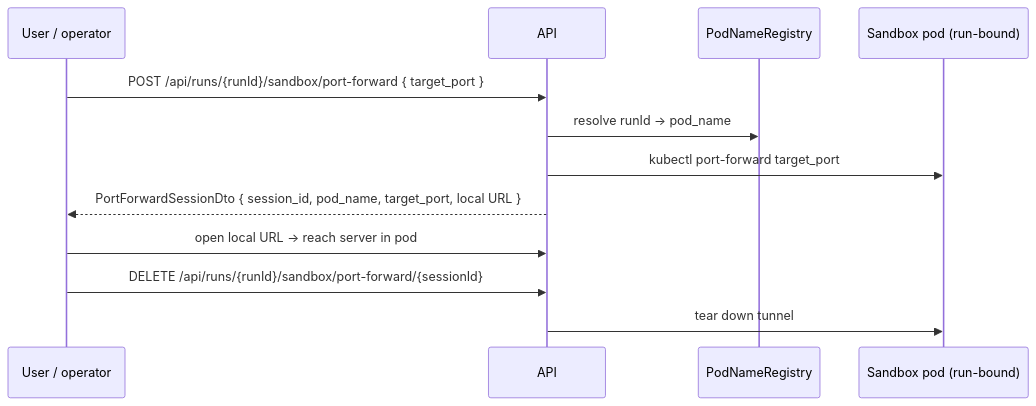
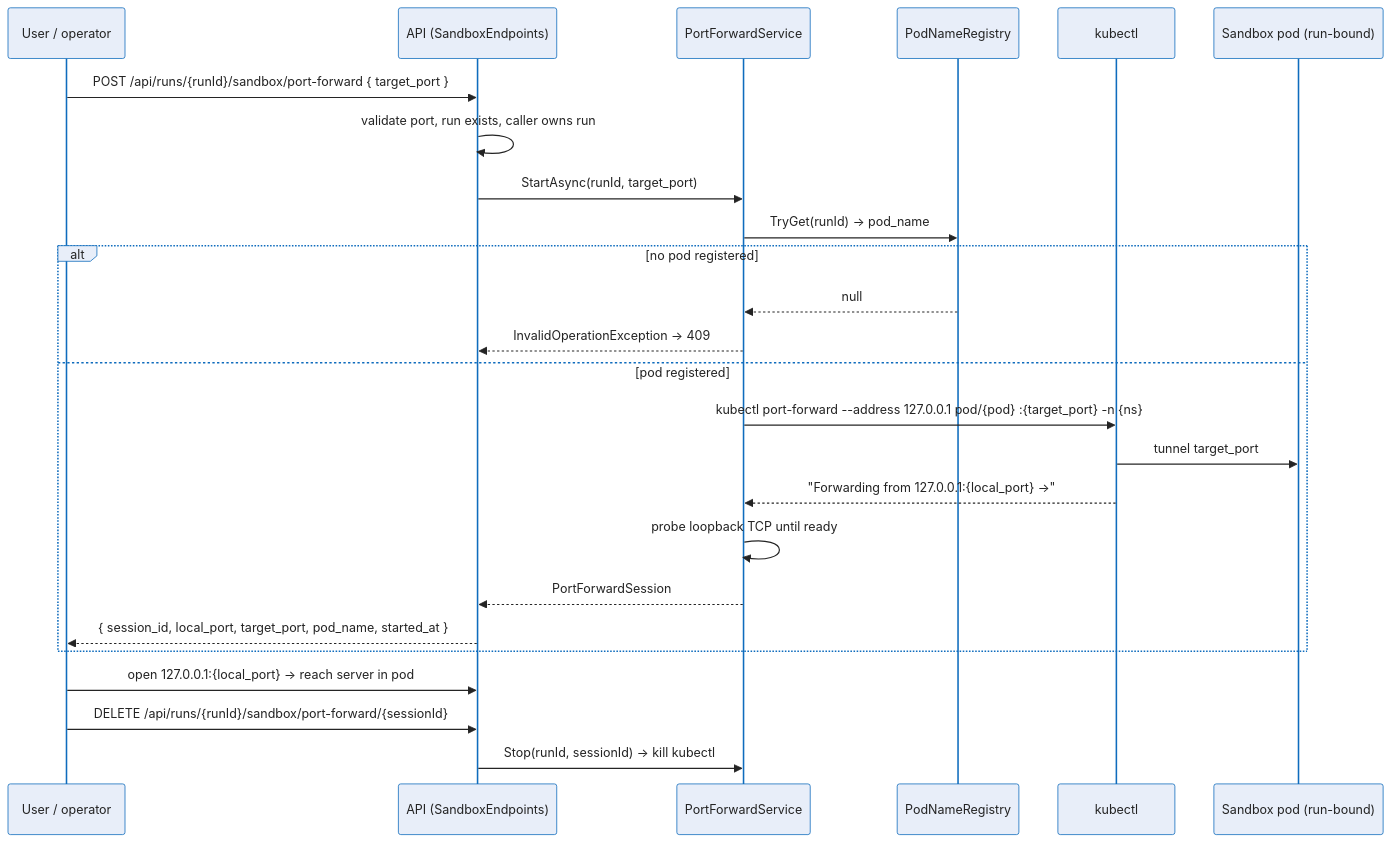
One commit to sabbour/agentweaver changed the second of 2 diagrams in docs/reference/sandbox-pods.md. Above: the diagram before and after it, drawn with Mermaid. The commit also changed other lines of this file and 83 other files, not shown here.

````diff
--- a/docs/reference/sandbox-pods.md
+++ b/docs/reference/sandbox-pods.md
@@ -215,14 +230,28 @@
 ```mermaid
+%%{init: {'theme':'base','themeVariables':{'fontFamily':'Segoe UI, system-ui, -apple-system, sans-serif','fontSize':'14px','primaryColor':'#E8EEF9','primaryBorderColor':'#0F6CBD','primaryTextColor':'#242424','lineColor':'#605E5C','clusterBkg':'#FAF9F8','clusterBorder':'#D2D0CE','edgeLabelBackground':'#FFFFFF'}}}%%
 sequenceDiagram
     participant User as User / operator
-    participant API as API
+    participant API as API (SandboxEndpoints)
+    participant PF as PortForwardService
     participant Reg as PodNameRegistry
+    participant K as kubectl
     participant Pod as Sandbox pod (run-bound)
     User->>API: POST /api/runs/{runId}/sandbox/port-forward { target_port }
-    API->>Reg: resolve runId → pod_name
-    API->>Pod: kubectl port-forward target_port
-    API-->>User: PortForwardSessionDto { session_id, pod_name, target_port, local URL }
-    User->>API: open local URL → reach server in pod
+    API->>API: validate port, run exists, caller owns run
+    API->>PF: StartAsync(runId, target_port)
+    PF->>Reg: TryGet(runId) → pod_name
+    alt no pod registered
+        Reg-->>PF: null
+        PF-->>API: InvalidOperationException → 409
+    else pod registered
+        PF->>K: kubectl port-forward --address 127.0.0.1 pod/{pod} :{target_port} -n {ns}
+        K->>Pod: tunnel target_port
+        K-->>PF: "Forwarding from 127.0.0.1:{local_port} ->"
+        PF->>PF: probe loopback TCP until ready
+        PF-->>API: PortForwardSession
+        API-->>User: { session_id, local_port, target_port, pod_name, started_at }
+    end
+    User->>API: open 127.0.0.1:{local_port} → reach server in pod
     User->>API: DELETE /api/runs/{runId}/sandbox/port-forward/{sessionId}
-    API->>Pod: tear down tunnel
+    API->>PF: Stop(runId, sessionId) → kill kubectl
 ```
````
